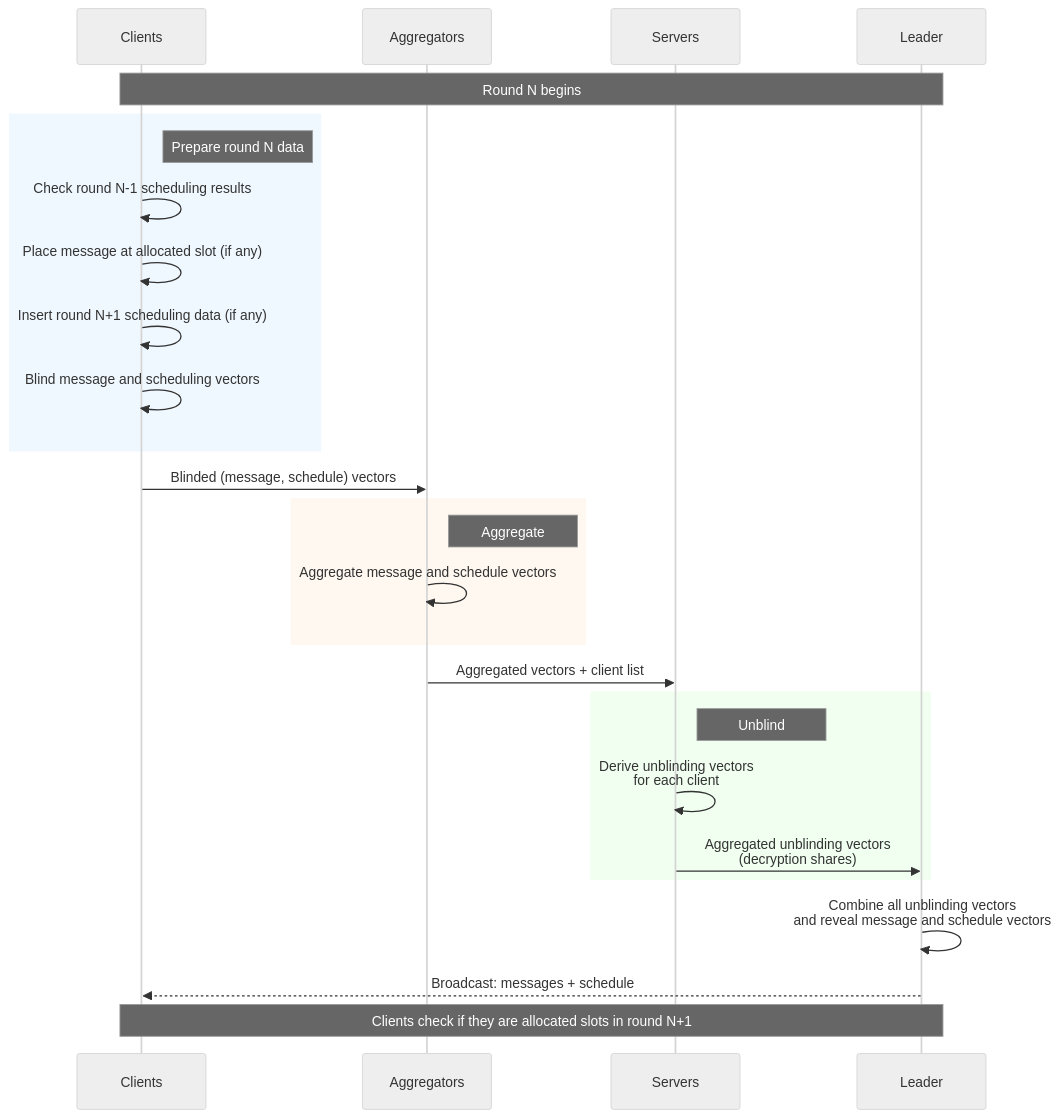
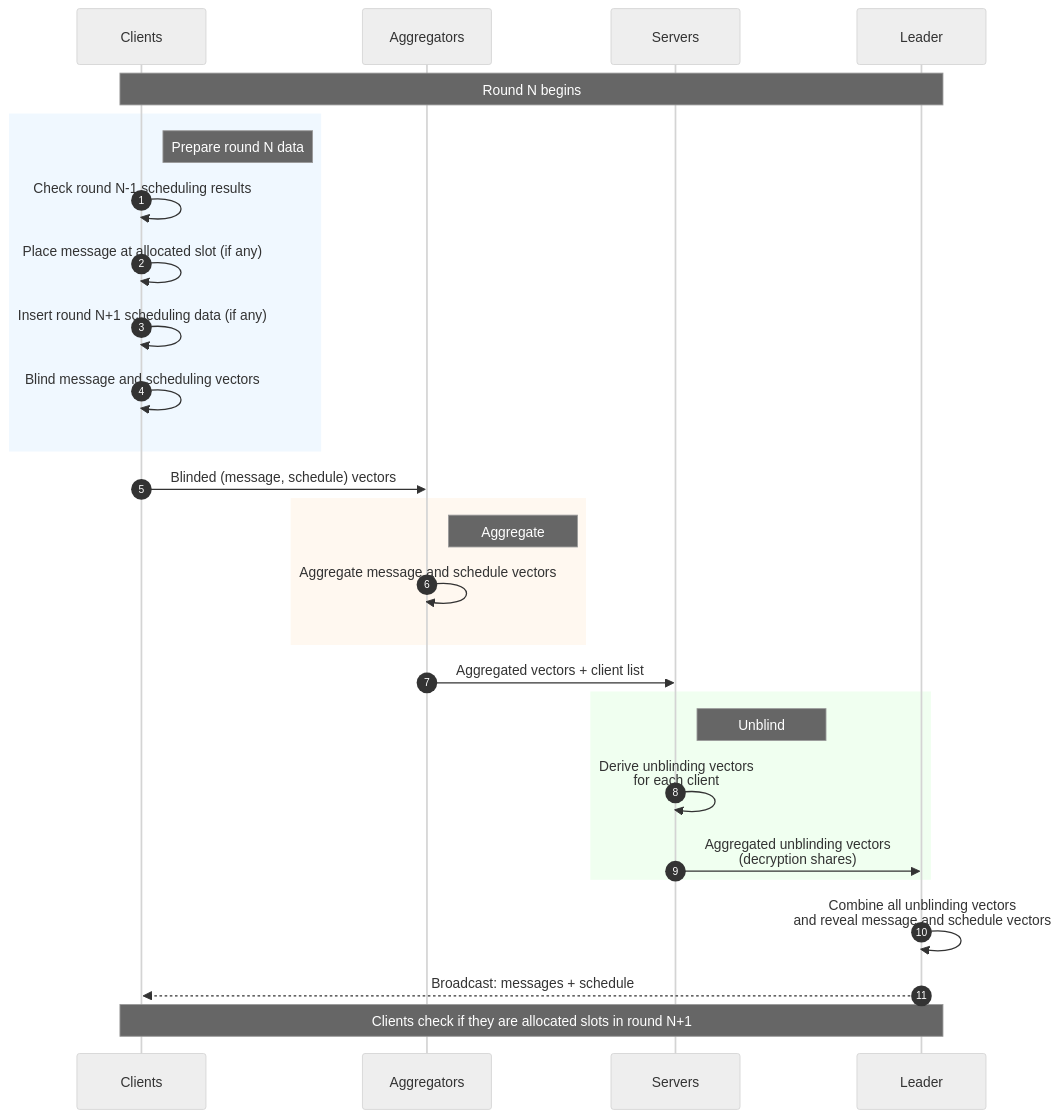
The first of 2 diagrams in protocol/protocol.md (flashbots/adcnet), drawn with Mermaid (neutral theme) before and after one commit.

````diff
--- a/protocol/protocol.md
+++ b/protocol/protocol.md
@@ -10,37 +10,38 @@
 ```mermaid
 sequenceDiagram
+    autonumber
     participant C as Clients
     participant A as Aggregators
     participant S as Servers
     participant L as Leader
 
     Note over C,L: Round N begins
 
     rect rgb(240, 248, 255)
         Note right of C: Prepare round N data
         C->>C: Check round N-1 scheduling results
         C->>C: Place message at allocated slot (if any)
         C->>C: Insert round N+1 scheduling data (if any)
         C->>C: Blind message and scheduling vectors
     end
 
     C->>A: Blinded (message, schedule) vectors
 
     rect rgb(255, 248, 240)
         Note right of A: Aggregate
         A->>A: Aggregate message and schedule vectors
     end
 
     A->>S: Aggregated vectors + client list
 
     rect rgb(240, 255, 240)
         Note right of S: Unblind
         S->>S: Derive unblinding vectors<br/>for each client
         S->>L: Aggregated unblinding vectors<br/>(decryption shares)
     end
 
     L->>L: Combine all unblinding vectors<br/>and reveal message and schedule vectors
     L-->>C: Broadcast: messages + schedule 
 
     Note over C,L: Clients check if they are allocated slots in round N+1
 ```
````
